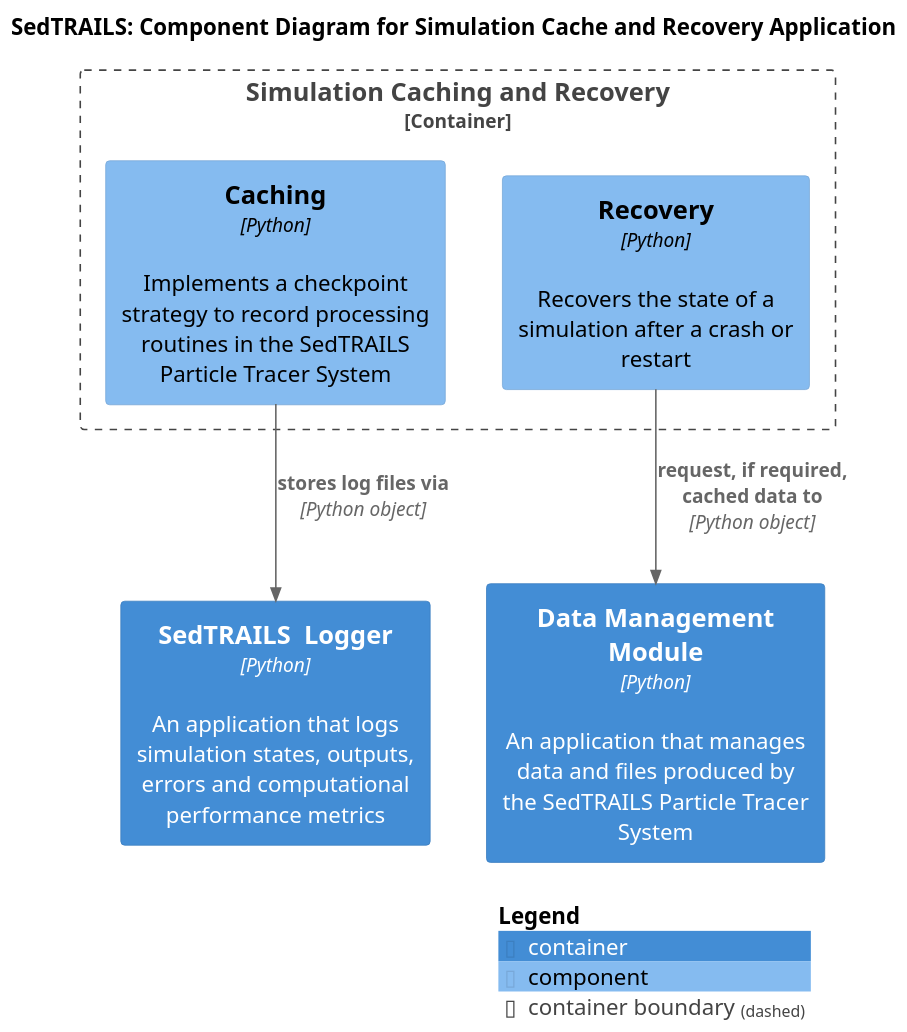
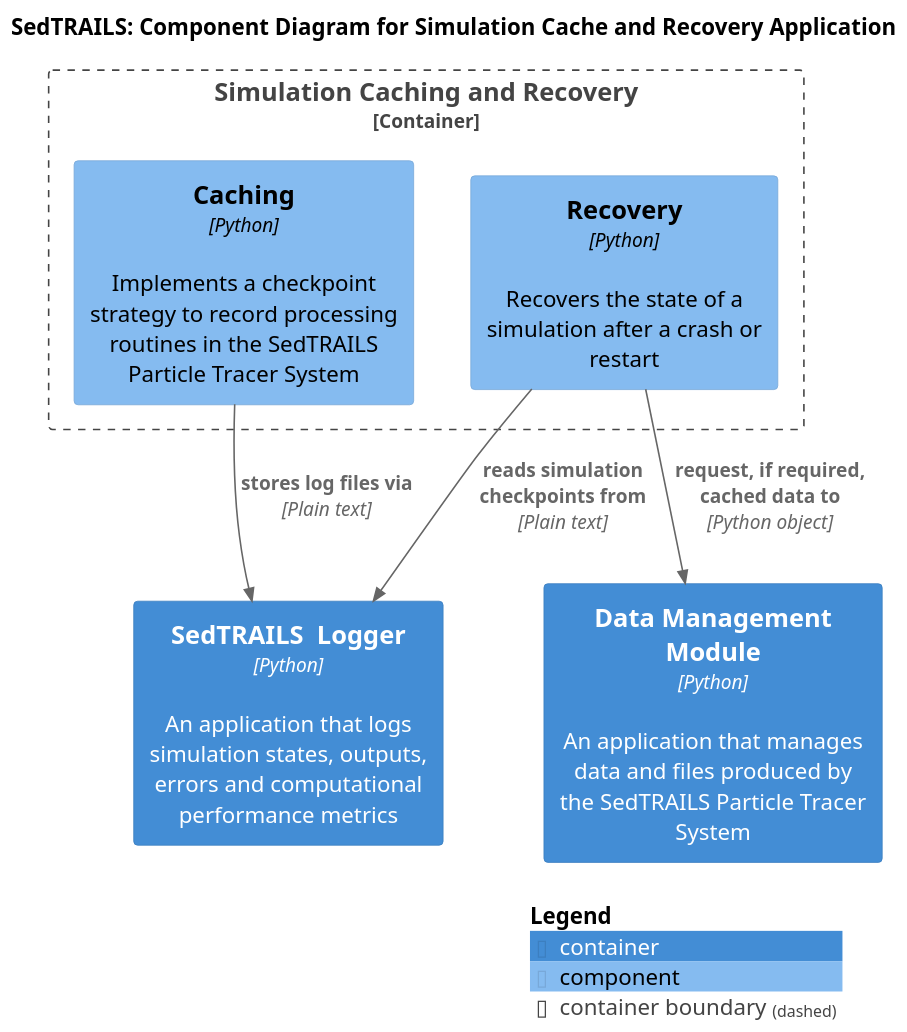
One commit to sgpearson17/sedtrails-sgp changed the diagram in diagrams/components-cache-app.puml. Above: the diagram before and after it, drawn with PlantUML. The commit also changed 9 other files, not shown here.

Commit message:
docs: update component diagrams for SedTRAILS applications, enhancing descriptions and relationships

```diff
--- a/diagrams/components-cache-app.puml
+++ b/diagrams/components-cache-app.puml
@@ -1,24 +1,22 @@
 @startuml SedtrailComponentsCache
 !include ./c4/C4_Component.puml
 
 ' LAYOUT_LANDSCAPE()
 
 title SedTRAILS: Component Diagram for Simulation Cache and Recovery Application
 scale 1.5
 
 Container(dataManager, "Data Management Module", "Python", "An application that manages data and files produced by the SedTRAILS Particle Tracer System")
-
 Container(sedtrailsLogger, "SedTRAILS  Logger", "Python", "An application that logs simulation states, outputs, errors and computational performance metrics")
-
 Container_Boundary(cache, "Simulation Caching and Recovery", "Python", "Provides functionality to recover simulation output, allow restarts, and reusing simulation inputs and outputs"){
     Component(caching, "Caching", "Python", "Implements a checkpoint strategy to record processing routines in the SedTRAILS Particle Tracer System")
     Component(recovery, "Recovery", "Python", "Recovers the state of a simulation after a crash or restart")
 }
 
 Rel(recovery, dataManager , "request, if required, cached data to", "Python object")
+Rel(caching, sedtrailsLogger, "stores log files via", "Plain text")
+Rel(recovery, sedtrailsLogger, "reads simulation checkpoints from", "Plain text")
 
-
-Rel(caching, sedtrailsLogger, "stores log files via", "Python object")
 
 SHOW_LEGEND()
 @enduml
```
